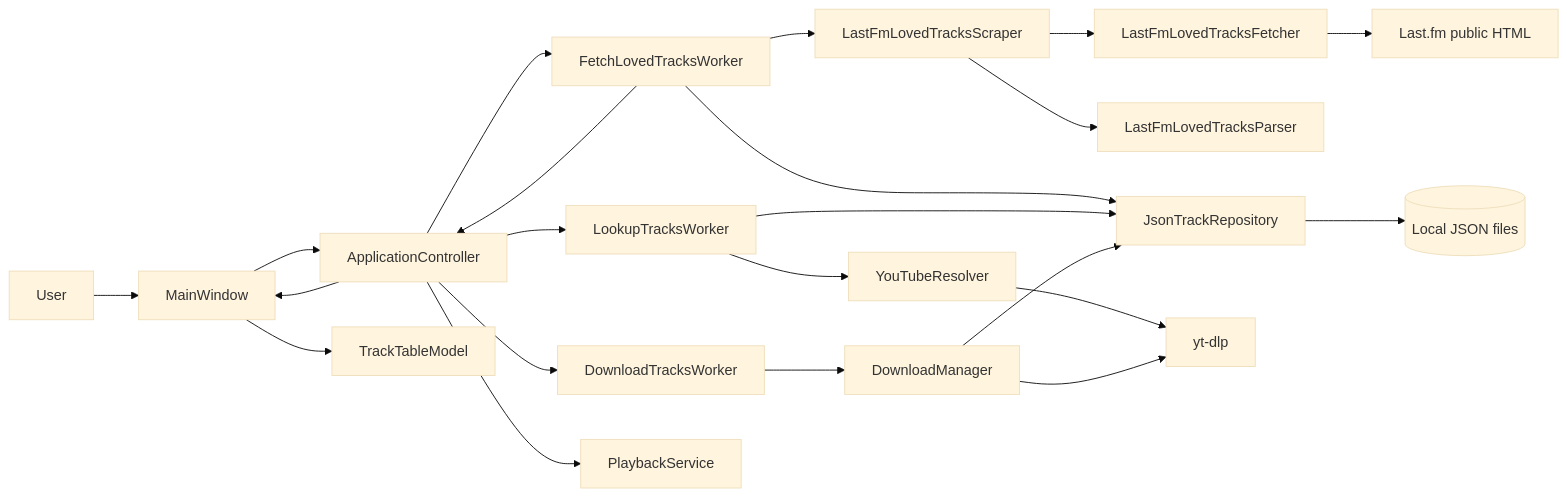
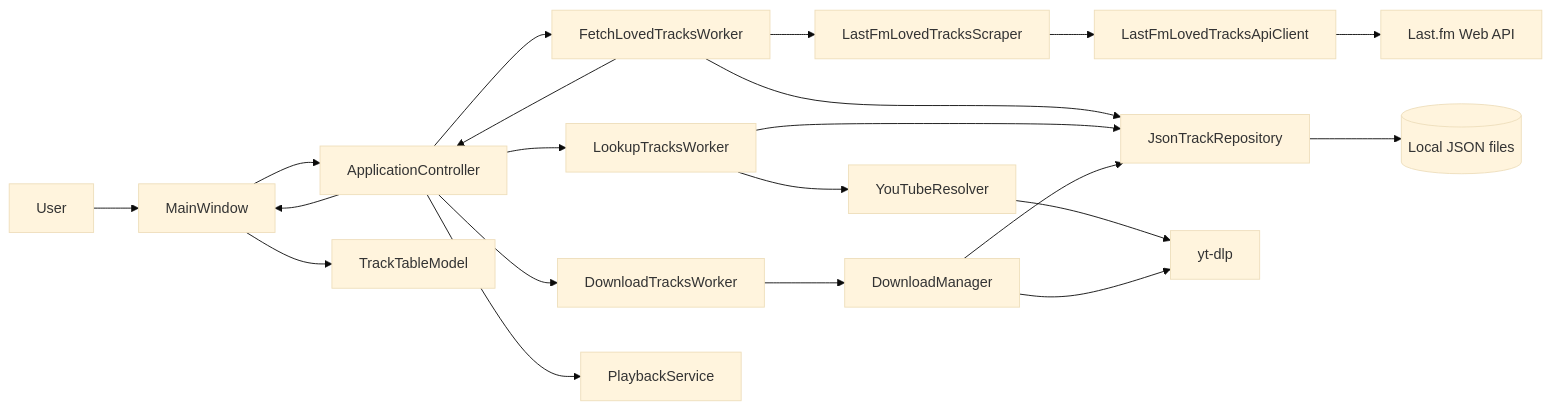
Before and after one commit to marcelpetrick/myLastFmPlayer: the first of 9 diagrams in documents/03_ARCHITECTURE.md, drawn with Mermaid (base theme). The commit also changed other lines of this file and 10 other files, not shown here.

First line of the commit message:
feat(lastfm): fetch loved tracks through API (v0.0.88)

````diff
--- a/documents/03_ARCHITECTURE.md
+++ b/documents/03_ARCHITECTURE.md
@@ -53,24 +49,23 @@
 ```mermaid
 flowchart LR
     User[User] --> UI[MainWindow]
     UI --> Controller[ApplicationController]
     Controller --> FetchWorker[FetchLovedTracksWorker]
     Controller --> LookupWorker[LookupTracksWorker]
     Controller --> DownloadWorker[DownloadTracksWorker]
     Controller --> Playback[PlaybackService]
     FetchWorker --> Scraper[LastFmLovedTracksScraper]
-    Scraper --> Fetcher[LastFmLovedTracksFetcher]
-    Scraper --> Parser[LastFmLovedTracksParser]
-    Fetcher --> LastFm[Last.fm public HTML]
+    Scraper --> ApiClient[LastFmLovedTracksApiClient]
+    ApiClient --> LastFm[Last.fm Web API]
     FetchWorker --> Storage[JsonTrackRepository]
     LookupWorker --> Resolver[YouTubeResolver]
     Resolver --> Ytdlp[yt-dlp]
     LookupWorker --> Storage
     DownloadWorker --> DownloadManager[DownloadManager]
     DownloadManager --> Ytdlp[yt-dlp]
     DownloadManager --> Storage
     Storage --> Json[(Local JSON files)]
     FetchWorker --> Controller
     Controller --> UI
     UI --> TableModel[TrackTableModel]
 ```
````
